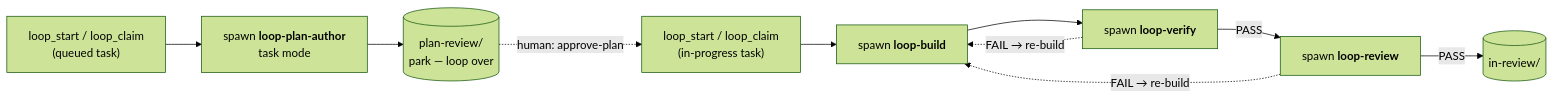
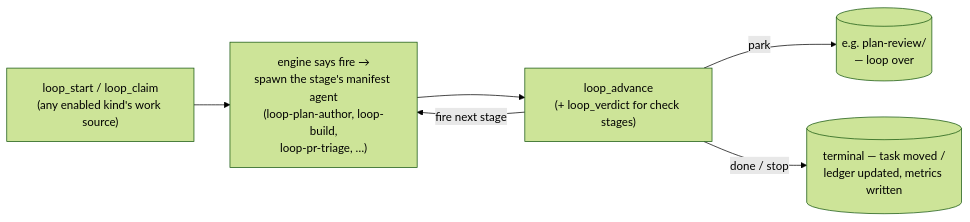
One commit to yenchang265-afk/agentic-workflow changed the fourth of 4 diagrams in docs/architecture.md. Above: the diagram before and after it, drawn with Mermaid (forest theme). The commit also changed other lines of this file and 11 other files, not shown here.

First line of the commit message:
docs: multi-loop framework — architecture, configuration, skills, threat model, authoring guide

````diff
--- a/docs/architecture.md
+++ b/docs/architecture.md
@@ -100,12 +230,8 @@
 ```mermaid
 flowchart LR
-    startq["loop_start / loop_claim<br/>(queued task)"] --> plan["spawn <b>loop-plan-author</b><br/>task mode"]
-    plan --> park[("plan-review/<br/>park — loop over")]
-    park -.->|"human: approve-plan"| startb
-    startb["loop_start / loop_claim<br/>(in-progress task)"] --> build["spawn <b>loop-build</b>"]
-    build --> verify["spawn <b>loop-verify</b>"]
-    verify -->|"PASS"| review["spawn <b>loop-review</b>"]
-    verify -.->|"FAIL → re-build"| build
-    review -.->|"FAIL → re-build"| build
-    review -->|"PASS"| done[("in-review/")]
+    startq["loop_start / loop_claim<br/>(any enabled kind's work source)"] --> fire["engine says fire →<br/>spawn the stage's manifest agent<br/>(loop-plan-author, loop-build,<br/>loop-pr-triage, …)"]
+    fire --> adv["loop_advance<br/>(+ loop_verdict for check stages)"]
+    adv -->|"fire next stage"| fire
+    adv -->|"park"| park[("e.g. plan-review/<br/>— loop over")]
+    adv -->|"done / stop"| done[("terminal — task moved /<br/>ledger updated, metrics written")]
 ```
````
